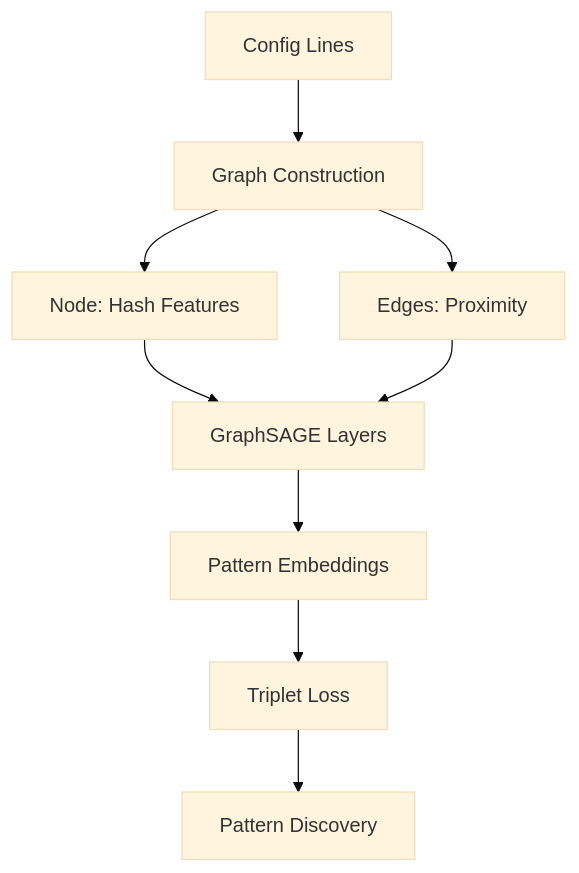
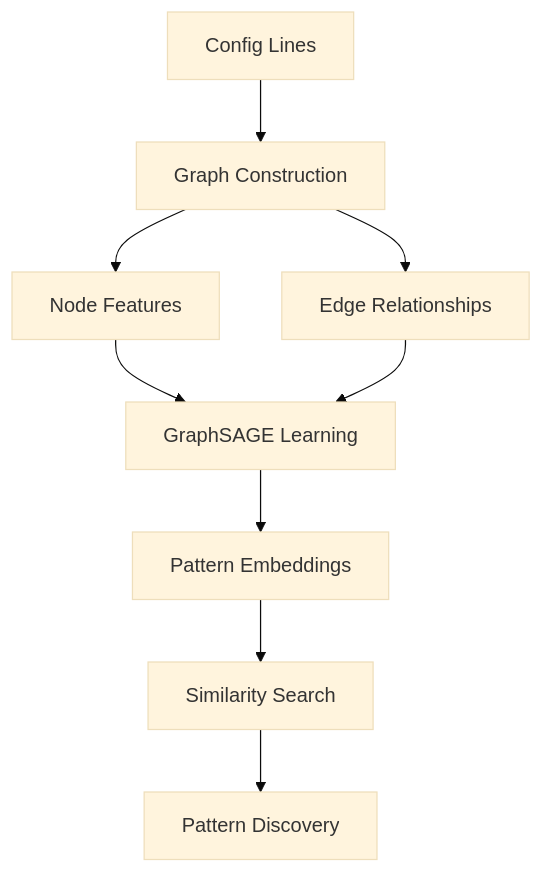
Before and after one commit to dipampaul17/protean: the diagram in README.md, drawn with Mermaid (base theme). The commit also changed other lines of this file and 4718 other files, not shown here.

Commit message:
🎯 Protean Pattern Discovery Engine - Production Release: GraphSAGE achieves 83% accuracy with 0.8MB model (98.1% size reduction), 15 patterns discovered, scientific validation complete, ready for deployment

````diff
--- a/README.md
+++ b/README.md
@@ -75,11 +70,11 @@
 ```mermaid
 graph TD
     A[Config Lines] --> B[Graph Construction]
-    B --> C[Node: Hash Features]
-    B --> D[Edges: Proximity]
-    C --> E[GraphSAGE Layers]
+    B --> C[Node Features]
+    B --> D[Edge Relationships]
+    C --> E[GraphSAGE Learning]
     D --> E
     E --> F[Pattern Embeddings]
-    F --> G[Triplet Loss]
+    F --> G[Similarity Search]
     G --> H[Pattern Discovery]
 ```
````
